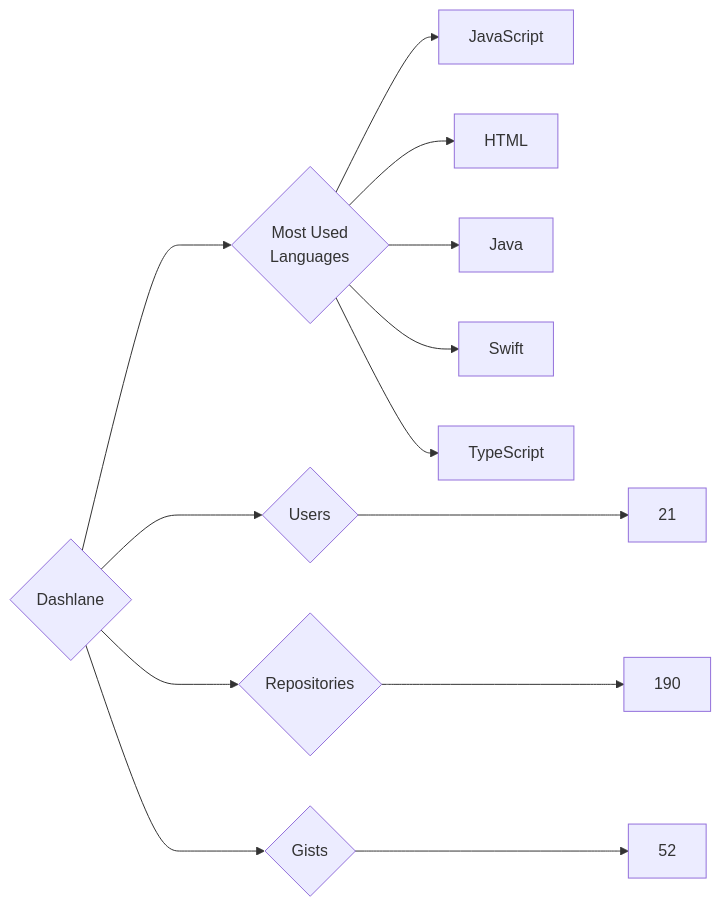
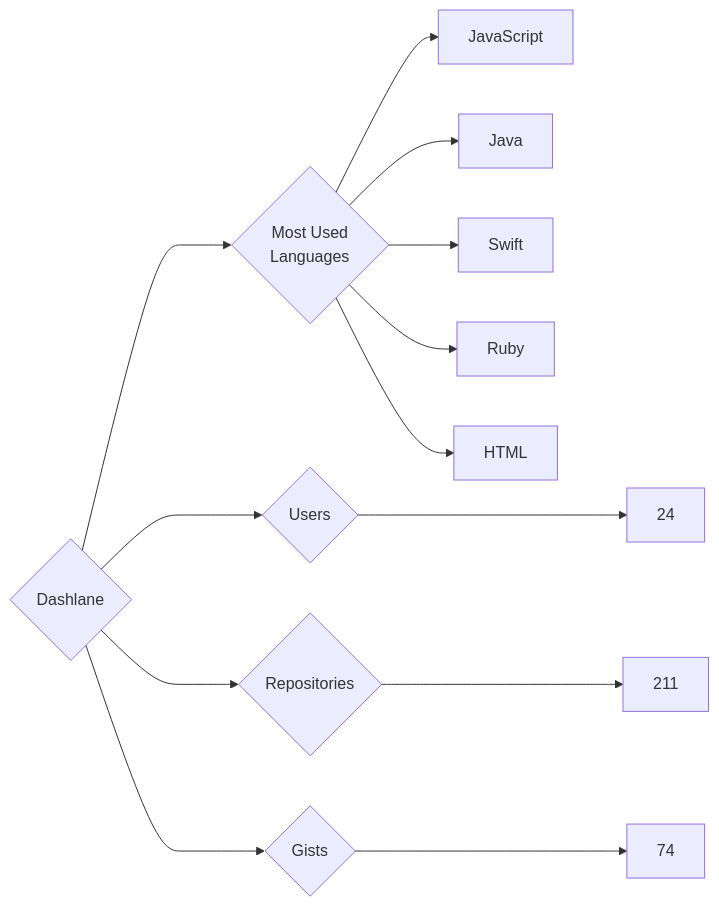
One commit to trickest/insiders changed the diagram in targets/Dashlane/README.md. Above: the diagram before and after it, drawn with Mermaid. The commit also changed 845 other files, not shown here.

````diff
--- a/targets/Dashlane/README.md
+++ b/targets/Dashlane/README.md
@@ -3,13 +3,13 @@
 ```mermaid
 graph LR
 COMPANY_NAME{Dashlane}
-COMPANY_NAME ---> U{Users} ---> UN[21]
-COMPANY_NAME ---> R{Repositories} ---> RN[190]
-COMPANY_NAME ---> G{Gists} ---> GN[52]
+COMPANY_NAME ---> U{Users} ---> UN[24]
+COMPANY_NAME ---> R{Repositories} ---> RN[211]
+COMPANY_NAME ---> G{Gists} ---> GN[74]
 COMPANY_NAME ---> ML{Most Used<br>Languages}
 ML --> JavaScript[JavaScript]
-ML --> HTML[HTML]
 ML --> Java[Java]
 ML --> Swift[Swift]
-ML --> TypeScript[TypeScript]
+ML --> Ruby[Ruby]
+ML --> HTML[HTML]
 ```
````
